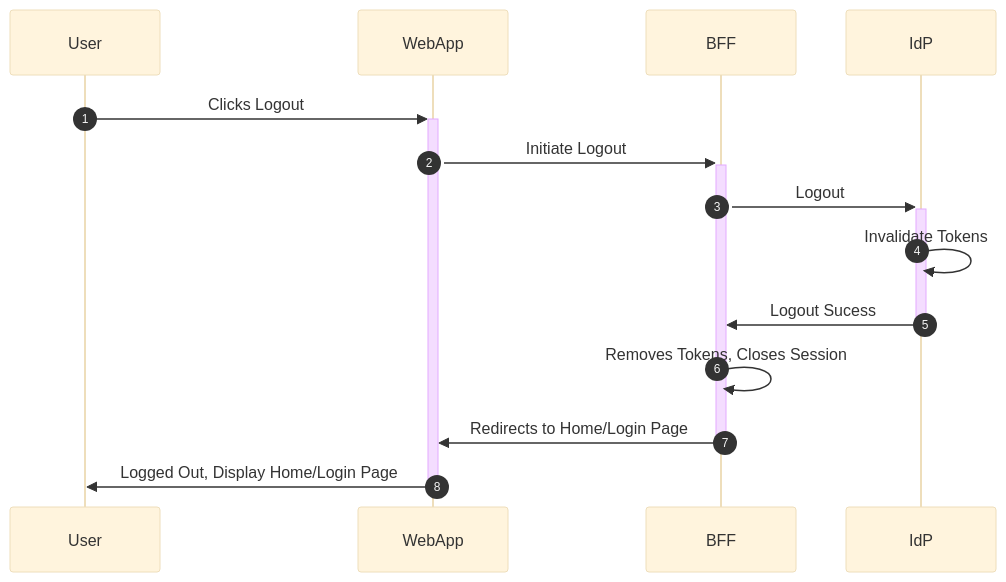
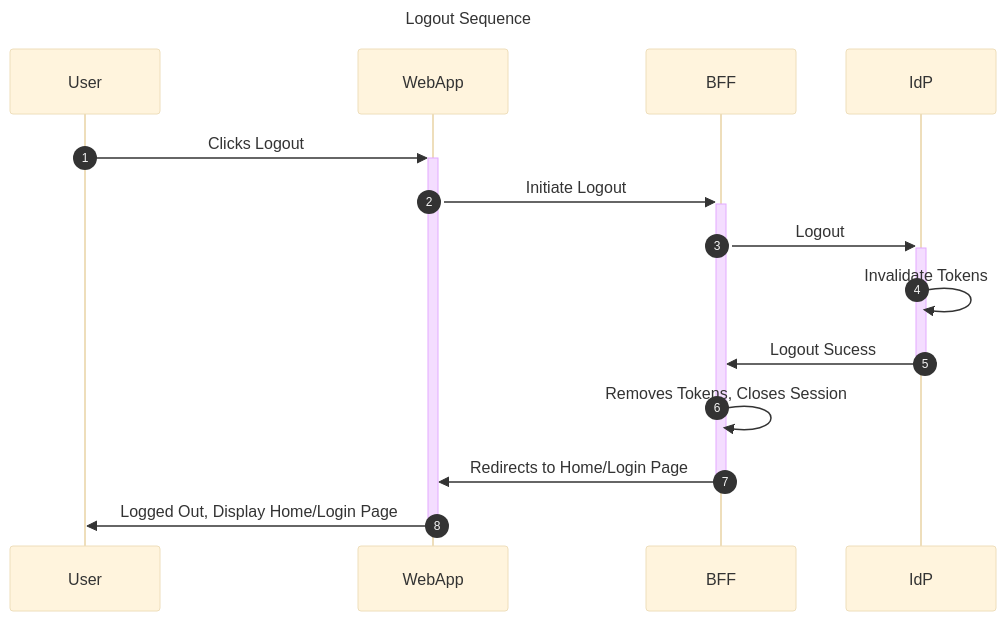
The diagram in requirements/logout.sequence.mmd (Dave4272-Office/Tushuguan-Manger), drawn with Mermaid (base theme) before and after one commit. The commit also changed 4 other files, not shown here.

```diff
--- a/requirements/logout.sequence.mmd
+++ b/requirements/logout.sequence.mmd
@@ -1,15 +1,18 @@
+---
+title: Logout Sequence
+---
 sequenceDiagram
     autonumber
     participant User
     participant WebApp
     participant BFF
     participant IdP
     
     User->>+WebApp: Clicks Logout
     WebApp->>+BFF: Initiate Logout
     BFF->>+IdP: Logout
     IdP->>IdP: Invalidate Tokens
     IdP->>-BFF: Logout Sucess
     BFF->>BFF: Removes Tokens, Closes Session
     BFF->>-WebApp: Redirects to Home/Login Page
     WebApp->>-User: Logged Out, Display Home/Login Page
```
